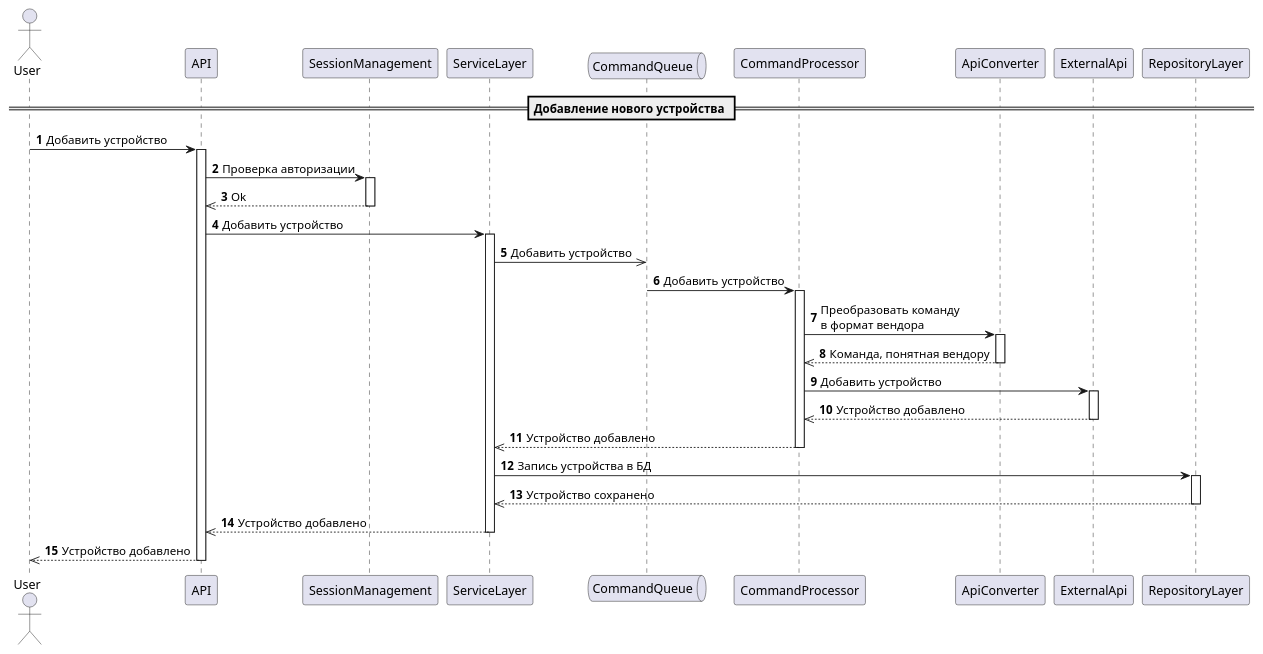
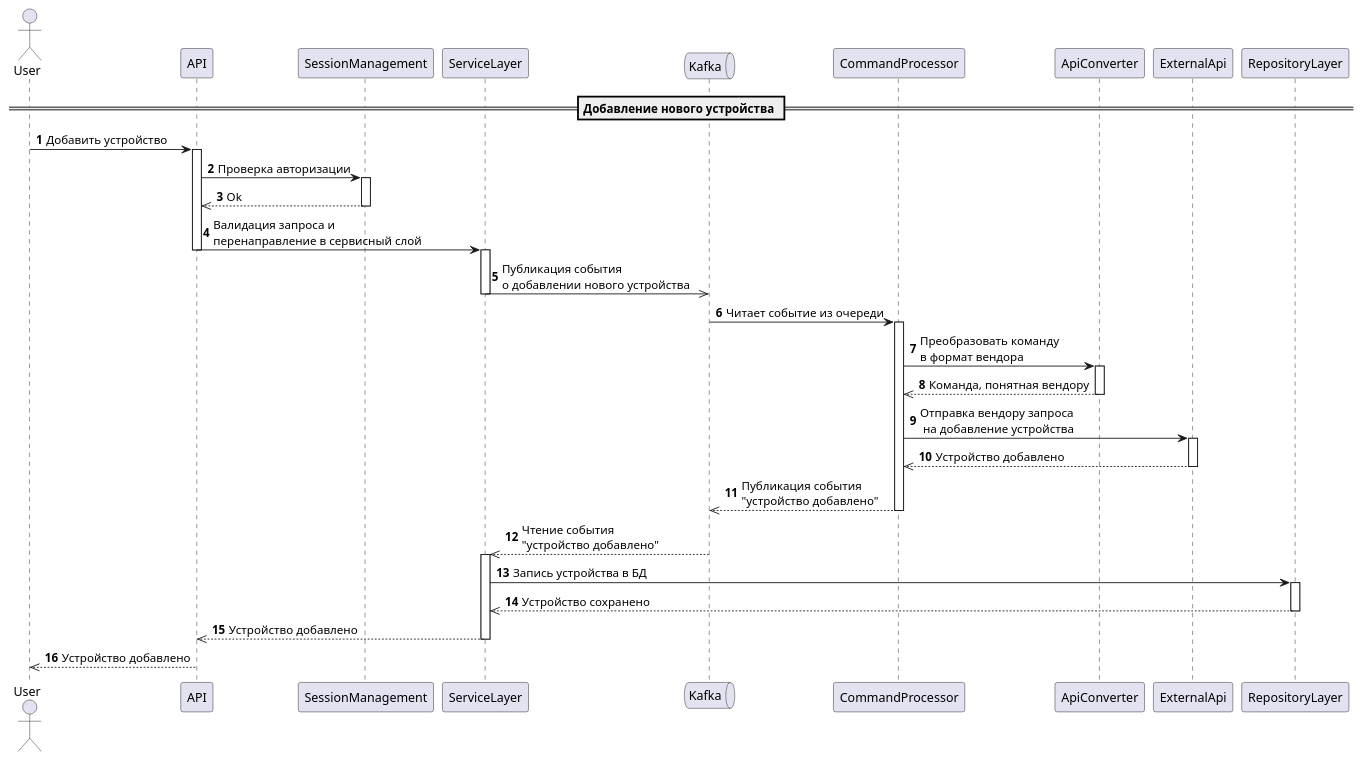
One commit to aputintsev/architecture-warmhouse changed the diagram in docs/plantuml/SequenceDiagram_AddDevice.puml. Above: the diagram before and after it, drawn with PlantUML. The commit also changed 6 other files, not shown here.

Commit message:
added diagrams, docs

```diff
--- a/docs/plantuml/SequenceDiagram_AddDevice.puml
+++ b/docs/plantuml/SequenceDiagram_AddDevice.puml
@@ -1,33 +1,34 @@
 @startuml
 'https://plantuml.com/sequence-diagram
 
 autonumber
 
 == Добавление нового устройства ==
 
 actor User as user
 participant API as api
 participant SessionManagement as session
 participant ServiceLayer as service
-queue CommandQueue as q
+queue Kafka as kafka
 participant CommandProcessor as processor
 participant ApiConverter as converter
 participant ExternalApi as extApi
 participant RepositoryLayer as repository
 
 user -> api++: Добавить устройство
 api -> session++: Проверка авторизации
 session -->> api--: Ok
-api -> service++: Добавить устройство
-service ->> q: Добавить устройство
-q -> processor++: Добавить устройство
+api -> service--++: Валидация запроса и \nперенаправление в сервисный слой
+service ->> kafka--: Публикация события \nо добавлении нового устройства
+kafka -> processor++: Читает событие из очереди
 processor -> converter++: Преобразовать команду \nв формат вендора
 converter -->> processor--: Команда, понятная вендору
-processor -> extApi++: Добавить устройство
+processor -> extApi++: Отправка вендору запроса\n на добавление устройства
 extApi -->> processor--: Устройство добавлено
-processor -->> service--: Устройство добавлено
+processor -->> kafka--: Публикация события \n"устройство добавлено"
+kafka -->> service++: Чтение события \n"устройство добавлено"
 service -> repository++: Запись устройства в БД
 repository -->> service--: Устройство сохранено
 service -->> api--: Устройство добавлено
 api -->> user--: Устройство добавлено
 @enduml
```
